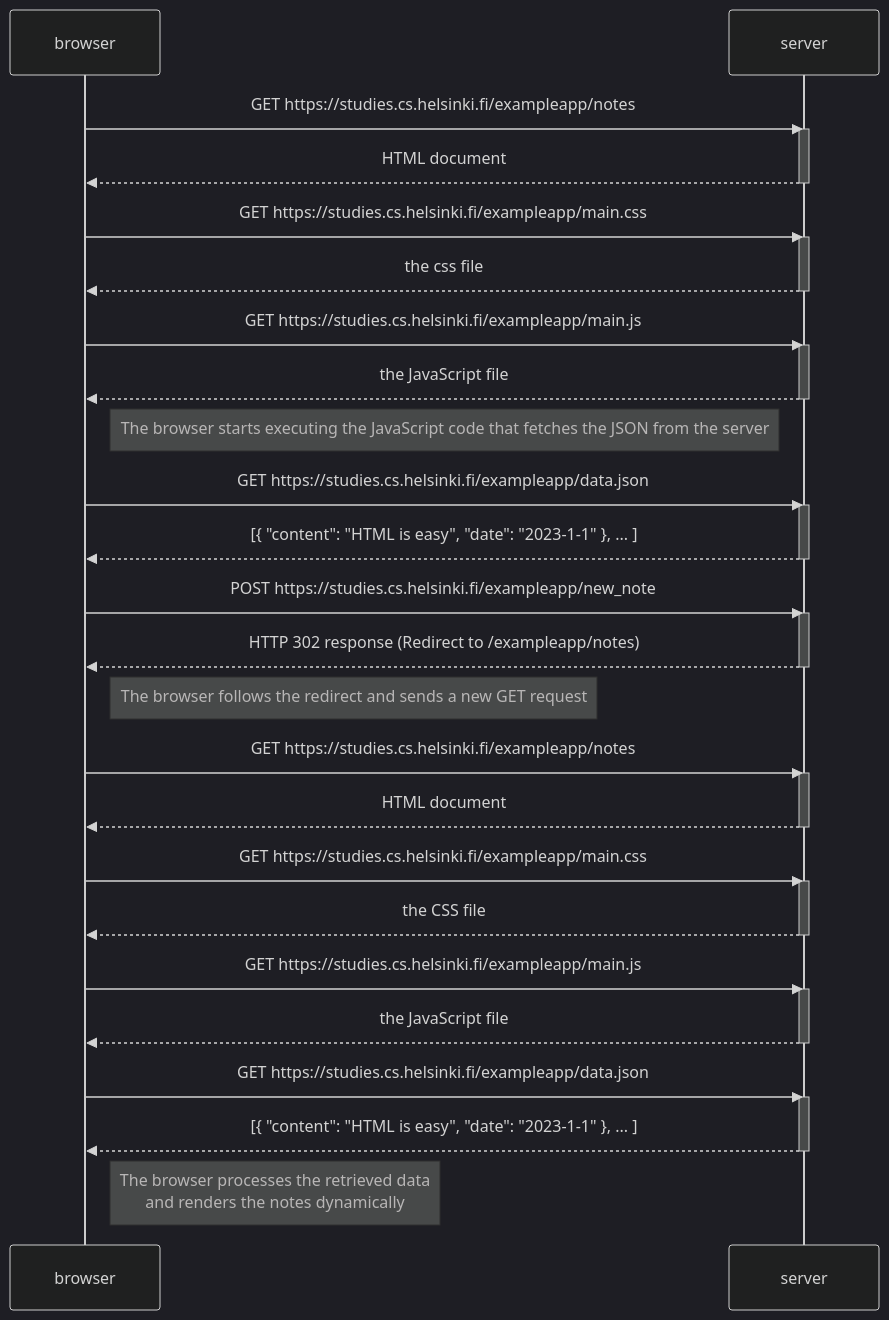
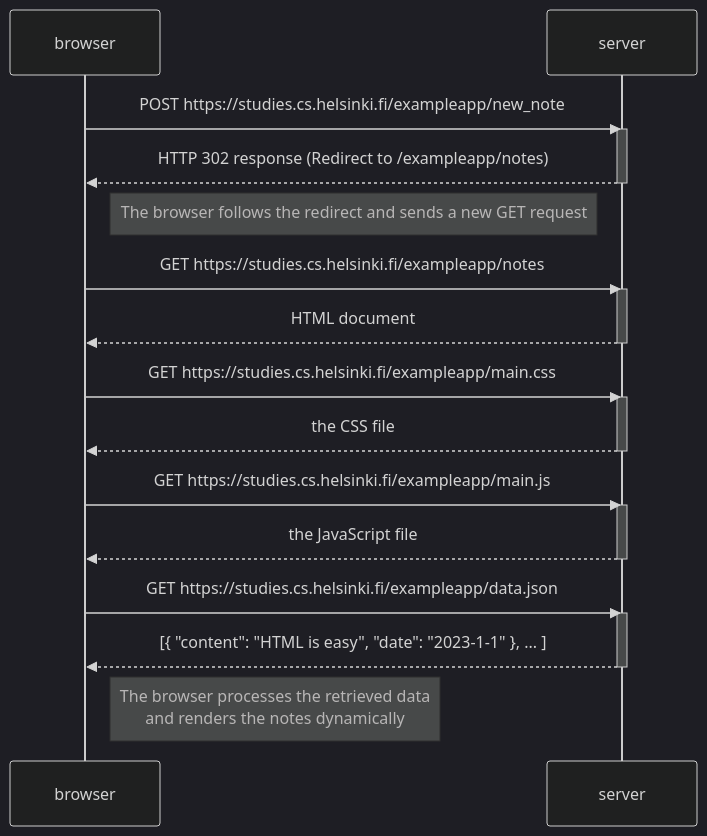
The diagram in README.md (JoacoMell0/part0.4), drawn with Mermaid (dark theme) before and after one commit.

````diff
--- a/README.md
+++ b/README.md
@@ -1,55 +1,34 @@
 ```mermaid
 sequenceDiagram
-    browser->>server: GET https://studies.cs.helsinki.fi/exampleapp/notes
-    activate server
-    server-->>browser: HTML document
-    deactivate server
-
-    browser->>server: GET https://studies.cs.helsinki.fi/exampleapp/main.css
-    activate server
-    server-->>browser: the css file
-    deactivate server
-
-    browser->>server: GET https://studies.cs.helsinki.fi/exampleapp/main.js
-    activate server
-    server-->>browser: the JavaScript file
-    deactivate server
-
-    Note right of browser: The browser starts executing the JavaScript code that fetches the JSON from the server
-
-    browser->>server: GET https://studies.cs.helsinki.fi/exampleapp/data.json
-    activate server
-    server-->>browser: [{ "content": "HTML is easy", "date": "2023-1-1" }, ... ]
-    deactivate server
     
     browser->>server: POST https://studies.cs.helsinki.fi/exampleapp/new_note
     activate server
     server-->>browser: HTTP 302 response (Redirect to /exampleapp/notes)
     deactivate server
 
     Note right of browser: The browser follows the redirect and sends a new GET request
 
     browser->>server: GET https://studies.cs.helsinki.fi/exampleapp/notes
     activate server
     server-->>browser: HTML document
     deactivate server
 
     browser->>server: GET https://studies.cs.helsinki.fi/exampleapp/main.css
     activate server
     server-->>browser: the CSS file
     deactivate server
 
     browser->>server: GET https://studies.cs.helsinki.fi/exampleapp/main.js
     activate server
     server-->>browser: the JavaScript file
     deactivate server
 
     browser->>server: GET https://studies.cs.helsinki.fi/exampleapp/data.json
     activate server
     server-->>browser: [{ "content": "HTML is easy", "date": "2023-1-1" }, ... ]
     deactivate server
 
     Note right of browser: The browser processes the retrieved data<br>and renders the notes dynamically
 
 
 ```
````
